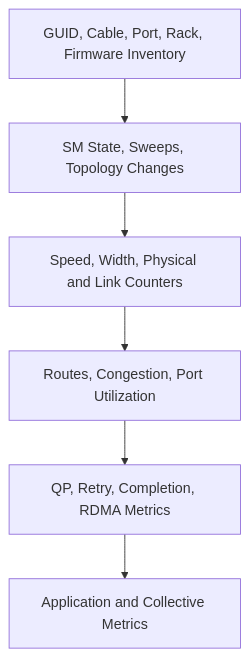
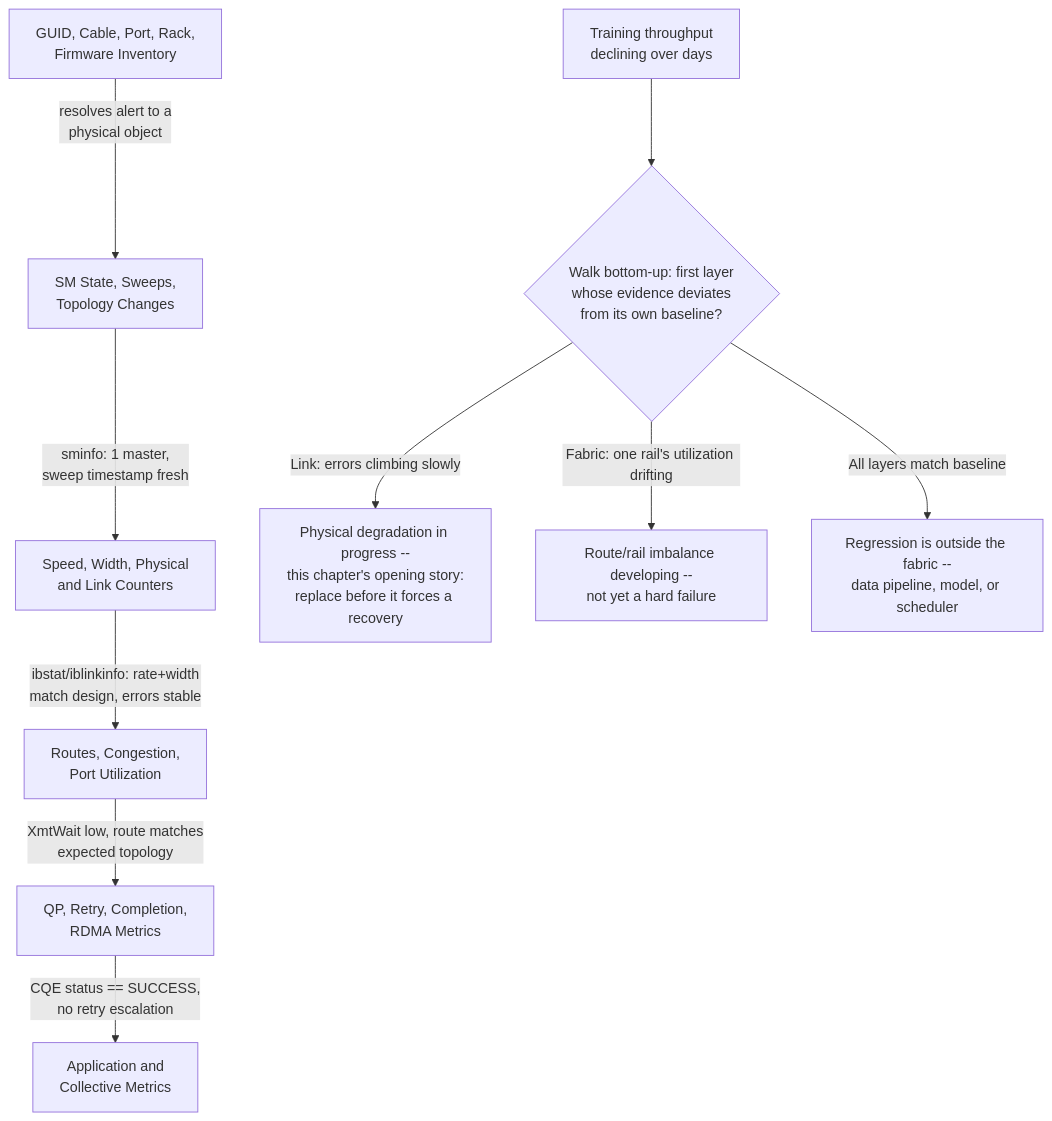
One commit to jithinpnjm/nvidia-devops changed the first of 2 diagrams in docs/nvidia-zero-to-hero/volume-08/chapter-09-fabric-monitoring-and-telemetry.md. Above: the diagram before and after it, drawn with Mermaid. The commit also changed other lines of this file, not shown here.

Commit message:
WIP: depth rework chapter 9 complete

````diff
--- a/docs/nvidia-zero-to-hero/volume-08/chapter-09-fabric-monitoring-and-telemetry.md
+++ b/docs/nvidia-zero-to-hero/volume-08/chapter-09-fabric-monitoring-and-telemetry.md
@@ -50,11 +50,13 @@
 ```mermaid
 flowchart TB
-    App[Application and Collective Metrics]
-    Transport[QP, Retry, Completion, RDMA Metrics]
-    Fabric[Routes, Congestion, Port Utilization]
-    Link[Speed, Width, Physical and Link Counters]
-    Control[SM State, Sweeps, Topology Changes]
-    Asset[GUID, Cable, Port, Rack, Firmware Inventory]
+    Asset["GUID, Cable, Port, Rack,<br/>Firmware Inventory"] -->|"resolves alert to a<br/>physical object"| Control["SM State, Sweeps,<br/>Topology Changes"]
+    Control -->|"sminfo: 1 master,<br/>sweep timestamp fresh"| Link["Speed, Width, Physical<br/>and Link Counters"]
+    Link -->|"ibstat/iblinkinfo: rate+width<br/>match design, errors stable"| Fabric["Routes, Congestion,<br/>Port Utilization"]
+    Fabric -->|"XmtWait low, route matches<br/>expected topology"| Transport["QP, Retry, Completion,<br/>RDMA Metrics"]
+    Transport -->|"CQE status == SUCCESS,<br/>no retry escalation"| App["Application and<br/>Collective Metrics"]
 
-    Asset --> Control --> Link --> Fabric --> Transport --> App
+    Slow["Training throughput<br/>declining over days"] --> Check{"Walk bottom-up: first layer<br/>whose evidence deviates<br/>from its own baseline?"}
+    Check -->|"Link: errors climbing slowly"| A1["Physical degradation in progress --<br/>this chapter's opening story:<br/>replace before it forces a recovery"]
+    Check -->|"Fabric: one rail's utilization drifting"| A2["Route/rail imbalance developing --<br/>not yet a hard failure"]
+    Check -->|"All layers match baseline"| A3["Regression is outside the fabric --<br/>data pipeline, model, or scheduler"]
 ```
````
